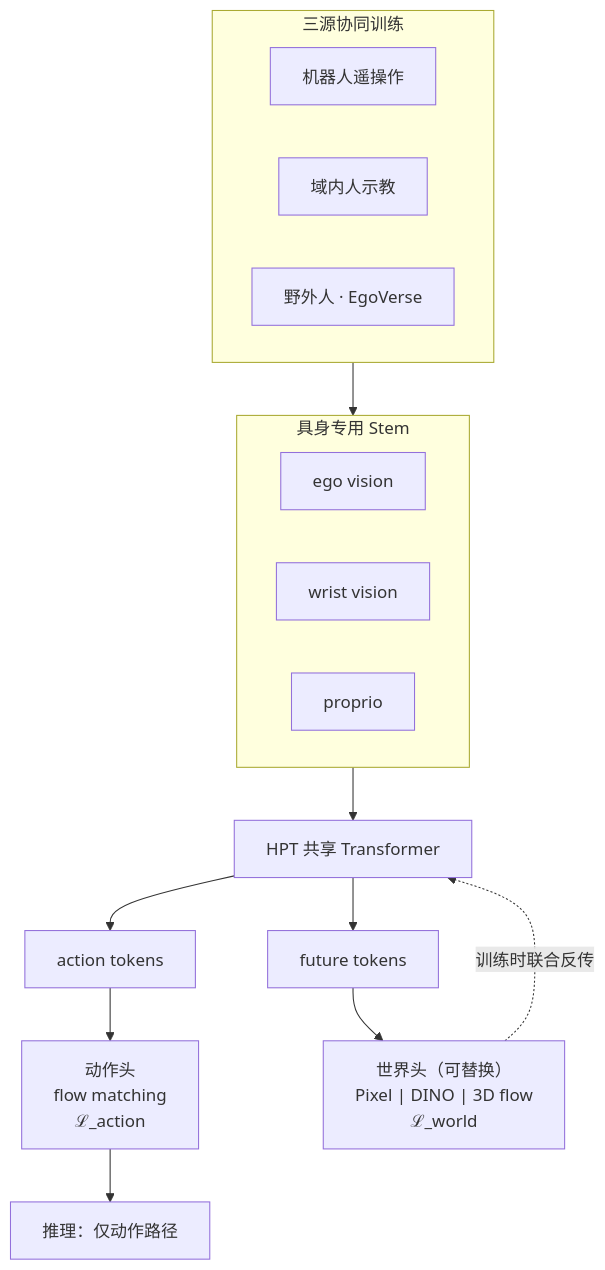
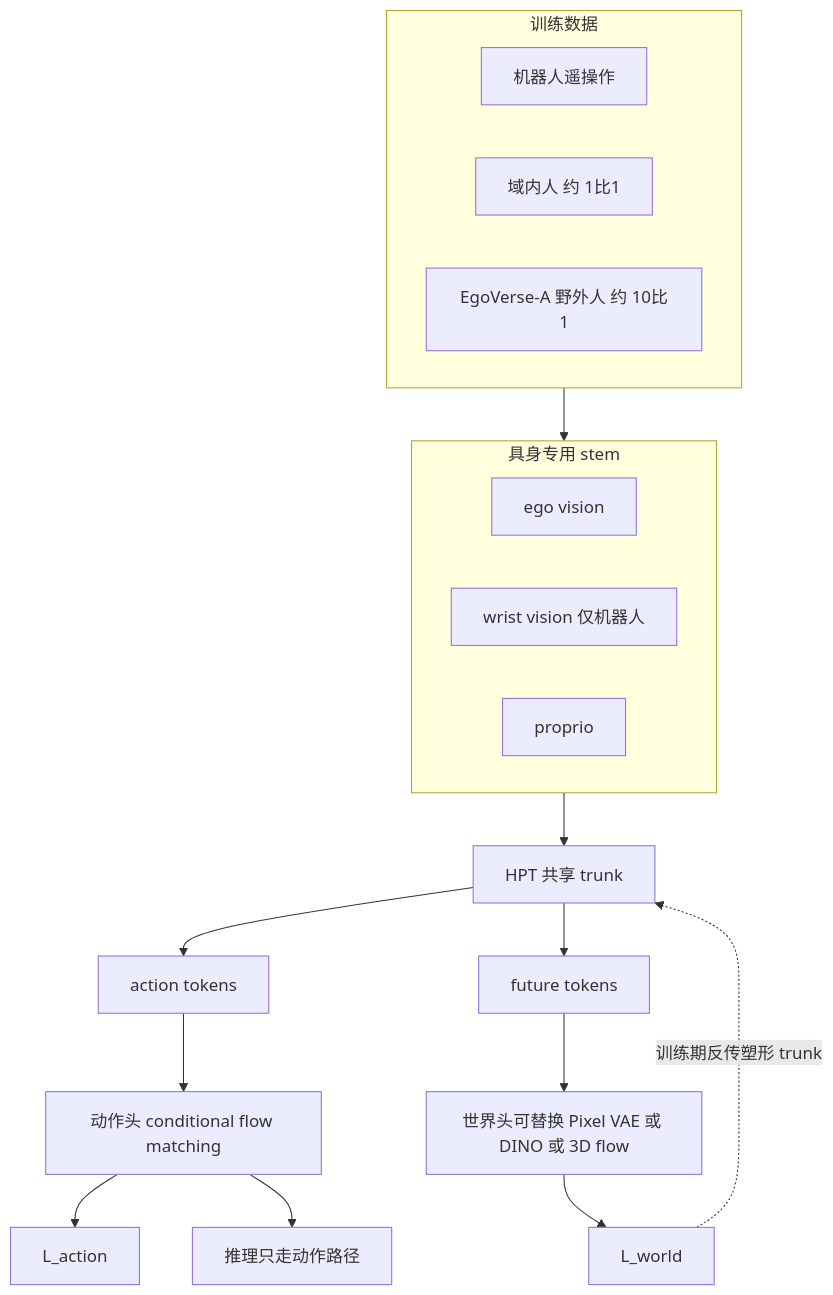
One commit to ImChong/Robotics_Notebooks changed the diagram in wiki/entities/paper-egowam-egocentric-human-wam-co-training.md. Above: the diagram before and after it, drawn with Mermaid. The commit also changed other lines of this file and 196 other files, not shown here.

````diff
--- a/wiki/entities/paper-egowam-egocentric-human-wam-co-training.md
+++ b/wiki/entities/paper-egowam-egocentric-human-wam-co-training.md
@@ -91,21 +83,23 @@
 ```mermaid
 flowchart TB
-  subgraph stems [具身专用 Stem]
+  subgraph stems [具身专用 stem]
     EGO[ego vision]
-    WRIST[wrist vision]
+    WRIST[wrist vision 仅机器人]
     PROP[proprio]
   end
-  stems --> TRUNK[HPT 共享 Transformer]
+  stems --> TRUNK[HPT 共享 trunk]
   TRUNK --> AT[action tokens]
   TRUNK --> FT[future tokens]
-  AT --> AH[动作头\nflow matching\nℒ_action]
-  FT --> WH["世界头（可替换）\nPixel | DINO | 3D flow\nℒ_world"]
-  AH --> POL[推理：仅动作路径]
-  WH -.训练时联合反传.-> TRUNK
-  subgraph data [三源协同训练]
+  AT --> AH[动作头 conditional flow matching]
+  FT --> WH[世界头可替换 Pixel VAE 或 DINO 或 3D flow]
+  AH --> LA[L_action]
+  WH --> LW[L_world]
+  LW -.训练期反传塑形 trunk.-> TRUNK
+  AH --> INF[推理只走动作路径]
+  subgraph data [训练数据]
     ROB[机器人遥操作]
-    IDH[域内人示教]
-    WILD[野外人 · EgoVerse]
+    IDH[域内人 约 1比1]
+    WILD[EgoVerse-A 野外人 约 10比1]
   end
   data --> stems
 ```
````
